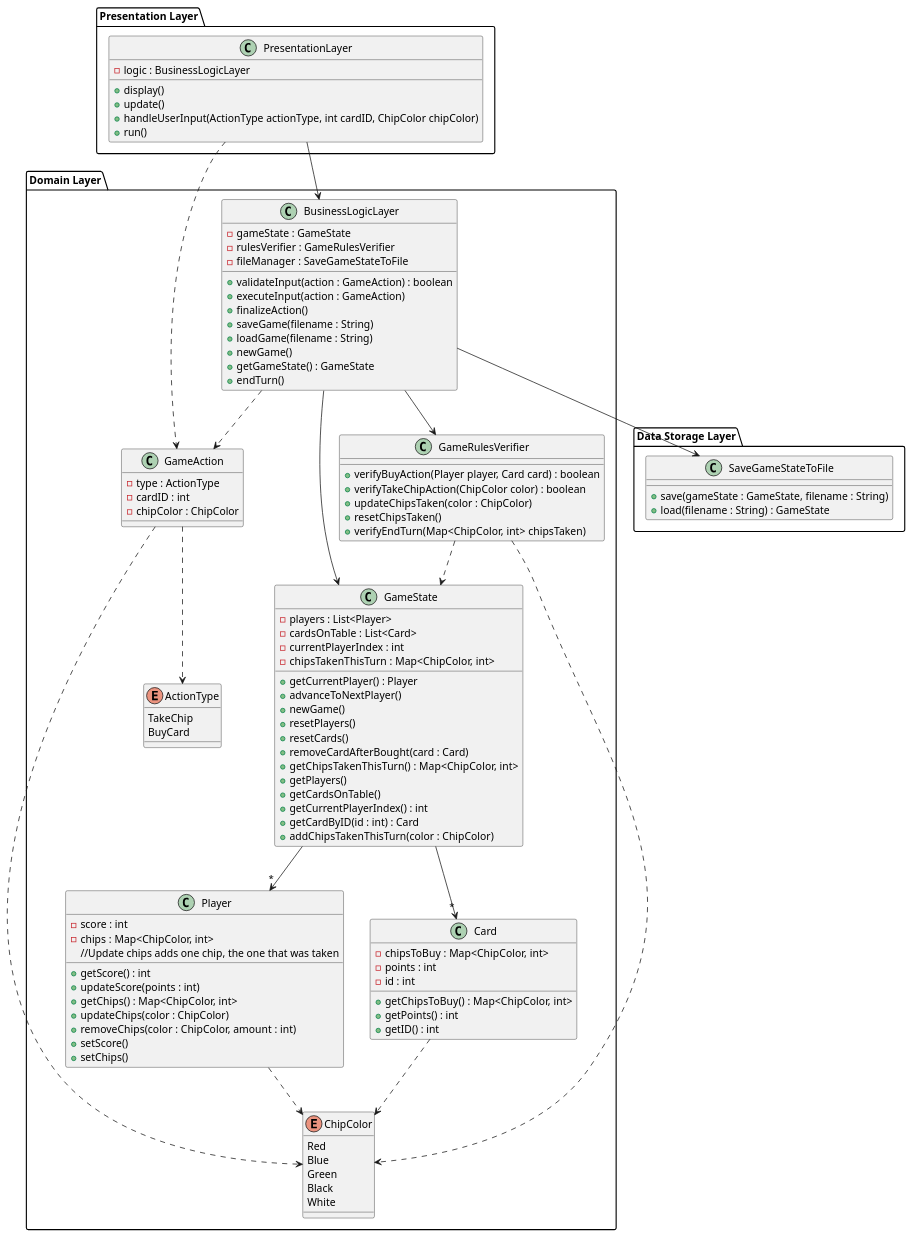
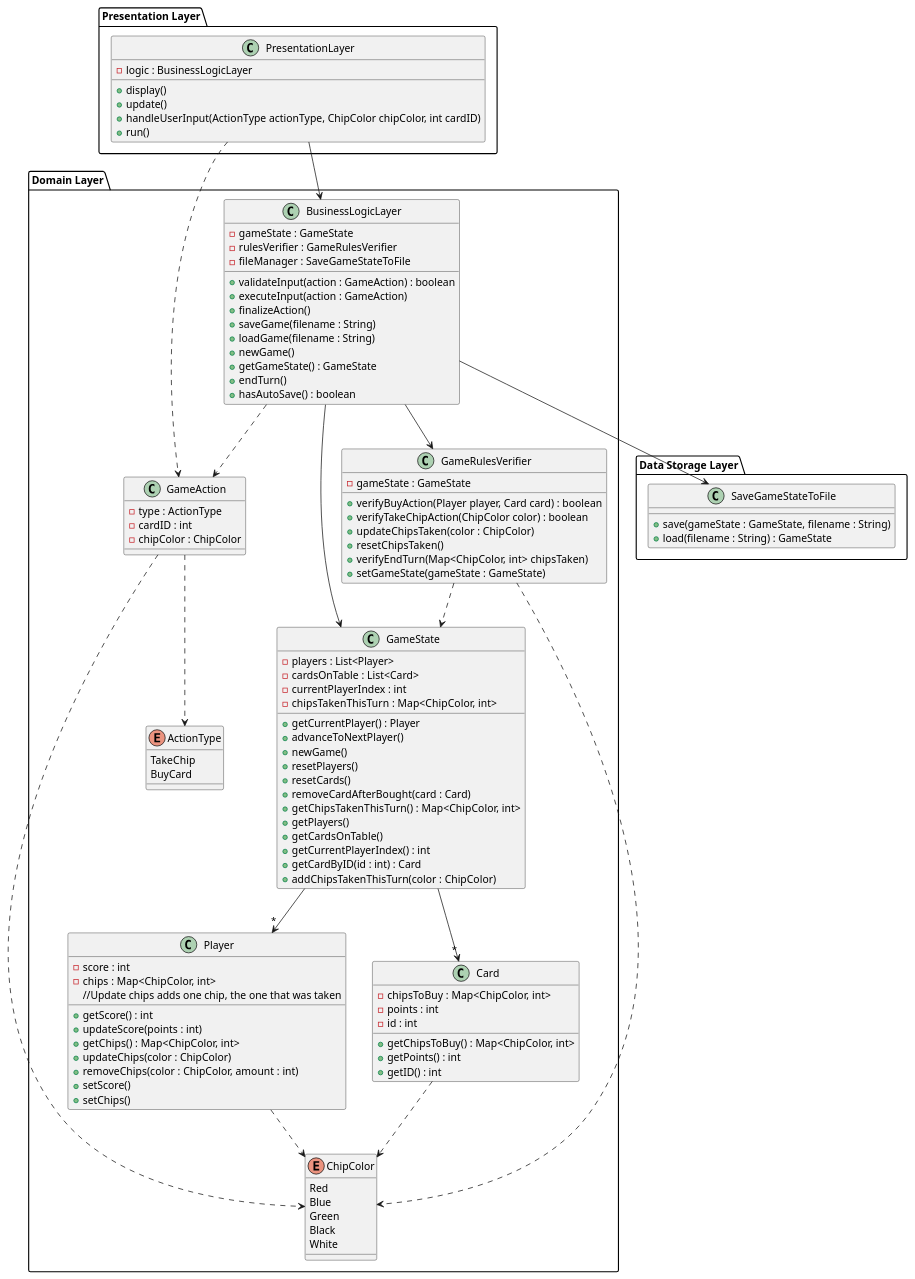
One commit to rhit-ciminodj/MiniSplendor changed the diagram in Design.puml. Above: the diagram before and after it, drawn with PlantUML. The commit also changed 3 other files, not shown here.

```diff
--- a/Design.puml
+++ b/Design.puml
@@ -1,120 +1,123 @@
 @startuml Design
 
 package "Presentation Layer" {
     class PresentationLayer {
         -logic : BusinessLogicLayer
         +display()
         +update()
-        +handleUserInput(ActionType actionType, int cardID, ChipColor chipColor)
+        +handleUserInput(ActionType actionType, ChipColor chipColor, int cardID)
         +run()
     }
 }
 
 package "Domain Layer" {
     enum ChipColor {
         Red
         Blue
         Green
         Black
         White
     }
 
     enum ActionType {
         TakeChip
         BuyCard
     }
 
     class GameAction {
         -type : ActionType
         -cardID : int
         -chipColor : ChipColor
     }
 
     class Player {
         -score : int
         -chips : Map<ChipColor, int>
         +getScore() : int
         +updateScore(points : int)
         +getChips() : Map<ChipColor, int>
         +updateChips(color : ChipColor)
         //Update chips adds one chip, the one that was taken
         +removeChips(color : ChipColor, amount : int)
         +setScore()
         +setChips()
     }
 
     class Card {
         -chipsToBuy : Map<ChipColor, int>
         -points : int
         -id : int
         +getChipsToBuy() : Map<ChipColor, int>
         +getPoints() : int
         +getID() : int
     }
 
     class GameState {
         -players : List<Player>
         -cardsOnTable : List<Card>
         -currentPlayerIndex : int
         -chipsTakenThisTurn : Map<ChipColor, int>
         +getCurrentPlayer() : Player
         +advanceToNextPlayer()
         +newGame()
         +resetPlayers()
         +resetCards()
         +removeCardAfterBought(card : Card)
         +getChipsTakenThisTurn() : Map<ChipColor, int>
         +getPlayers()
         +getCardsOnTable()
         +getCurrentPlayerIndex() : int
         +getCardByID(id : int) : Card
         +addChipsTakenThisTurn(color : ChipColor)
     }
 
     class BusinessLogicLayer {
         -gameState : GameState
         -rulesVerifier : GameRulesVerifier
         -fileManager : SaveGameStateToFile
         +validateInput(action : GameAction) : boolean
         +executeInput(action : GameAction)
         +finalizeAction()
         +saveGame(filename : String)
         +loadGame(filename : String)
         +newGame()
         +getGameState() : GameState
         +endTurn()
+        +hasAutoSave() : boolean
     }
 
     class GameRulesVerifier {
+        -gameState : GameState
         +verifyBuyAction(Player player, Card card) : boolean
         +verifyTakeChipAction(ChipColor color) : boolean
         +updateChipsTaken(color : ChipColor)
         +resetChipsTaken()
         +verifyEndTurn(Map<ChipColor, int> chipsTaken)
+        +setGameState(gameState : GameState)
     }
 }
 
 package "Data Storage Layer" {
     class SaveGameStateToFile {
         +save(gameState : GameState, filename : String)
         +load(filename : String) : GameState
     }
 }
 
 PresentationLayer --> BusinessLogicLayer
 BusinessLogicLayer --> GameState
 BusinessLogicLayer --> GameRulesVerifier
 GameState --> "*" Player
 GameState --> "*" Card
 BusinessLogicLayer -Down-> SaveGameStateToFile
 
 Player ..> ChipColor
 Card ..> ChipColor
 GameRulesVerifier ..> ChipColor
 GameAction ..> ActionType
 GameAction ..> ChipColor
 BusinessLogicLayer ..> GameAction
 PresentationLayer ..> GameAction
 GameRulesVerifier ..> GameState
 
 @enduml
```
